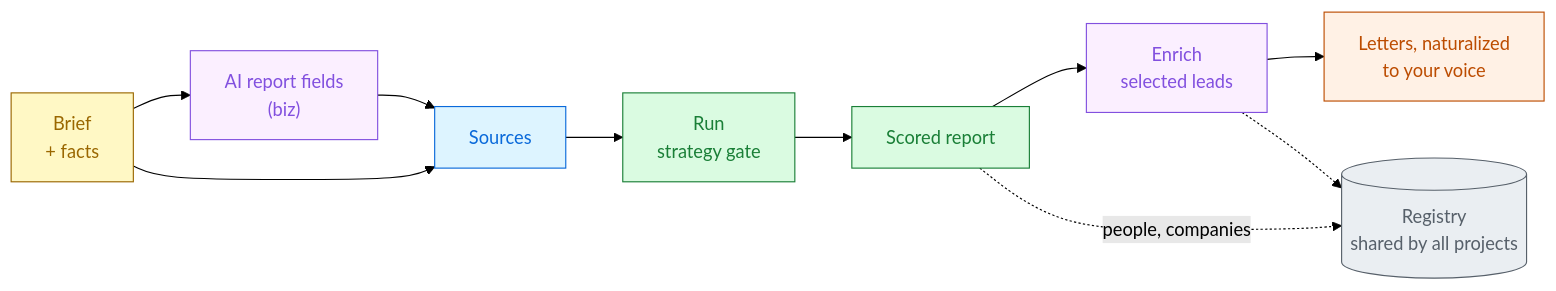
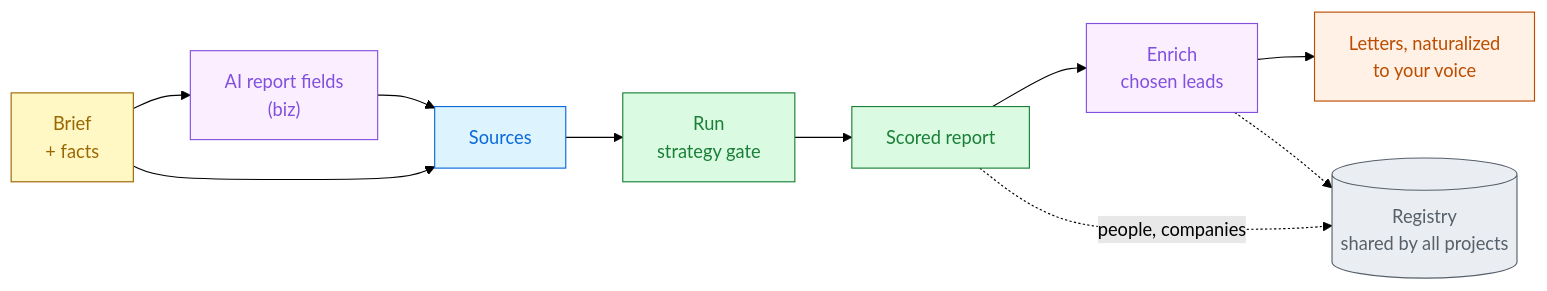
Before and after one commit to DoctorMozg/mozg-outreach: the diagram in README.md, drawn with Mermaid (forest theme). The commit also changed other lines of this file and 17 other files, not shown here.

````diff
--- a/README.md
+++ b/README.md
@@ -14,18 +14,18 @@
 ```mermaid
 flowchart LR
     B["Brief<br/>+ facts"]:::brief --> F["AI report fields<br/>(biz)"]:::ai
     B --> S["Sources"]:::src
     F --> S
     S --> R["Run<br/>strategy gate"]:::run
     R --> P["Scored report"]:::run
-    P --> E["Enrich<br/>selected leads"]:::ai
+    P --> E["Enrich<br/>chosen leads"]:::ai
     E --> L["Letters, naturalized<br/>to your voice"]:::letter
     P -. "people, companies" .-> G[("Registry<br/>shared by all projects")]:::reg
     E -.-> G
     classDef brief fill:#fff8c5,stroke:#9a6700,color:#9a6700
     classDef ai fill:#fbefff,stroke:#8250df,color:#8250df
     classDef src fill:#ddf4ff,stroke:#0969da,color:#0969da
     classDef run fill:#dafbe1,stroke:#1a7f37,color:#1a7f37
     classDef letter fill:#fff1e5,stroke:#bc4c00,color:#bc4c00
     classDef reg fill:#eaeef2,stroke:#57606a,color:#57606a
 ```
````
